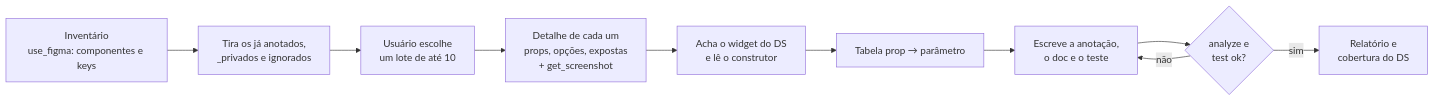
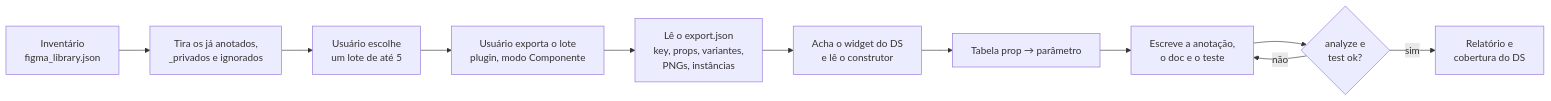
One commit to pablostefan/figma_to_code changed the second of 5 diagrams in docs/COMO_FUNCIONA.md. Above: the diagram before and after it, drawn with Mermaid. The commit also changed other lines of this file and 28 other files, not shown here.

````diff
--- a/docs/COMO_FUNCIONA.md
+++ b/docs/COMO_FUNCIONA.md
@@ -104,12 +117,13 @@
 ```mermaid
 flowchart LR
-  INV["Inventário<br/>use_figma: componentes e keys"] --> FIL["Tira os já anotados,<br/>_privados e ignorados"]
-  FIL --> ESC["Usuário escolhe<br/>um lote de até 10"]
-  ESC --> DET["Detalhe de cada um<br/>props, opções, expostas<br/>+ get_screenshot"]
+  INV["Inventário<br/>figma_library.json"] --> FIL["Tira os já anotados,<br/>_privados e ignorados"]
+  FIL --> ESC["Usuário escolhe<br/>um lote de até 5"]
+  ESC --> EXP["Usuário exporta o lote<br/>plugin, modo Componente"]
+  EXP --> DET["Lê o export.json<br/>key, props, variantes,<br/>PNGs, instâncias"]
   DET --> WID["Acha o widget do DS<br/>e lê o construtor"]
   WID --> TAB["Tabela prop → parâmetro"]
   TAB --> ESCR["Escreve a anotação,<br/>o doc e o teste"]
   ESCR --> TST{"analyze e<br/>test ok?"}
   TST -->|"não"| ESCR
   TST -->|"sim"| REL["Relatório e<br/>cobertura do DS"]
 ```
````
